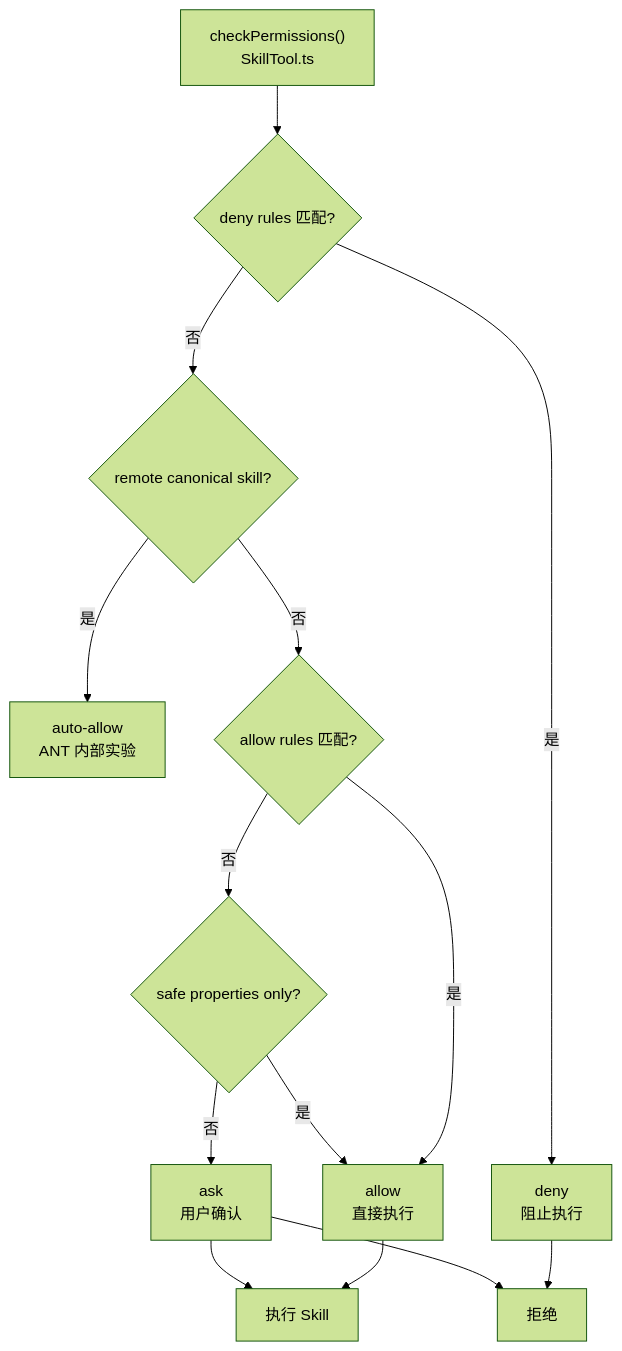
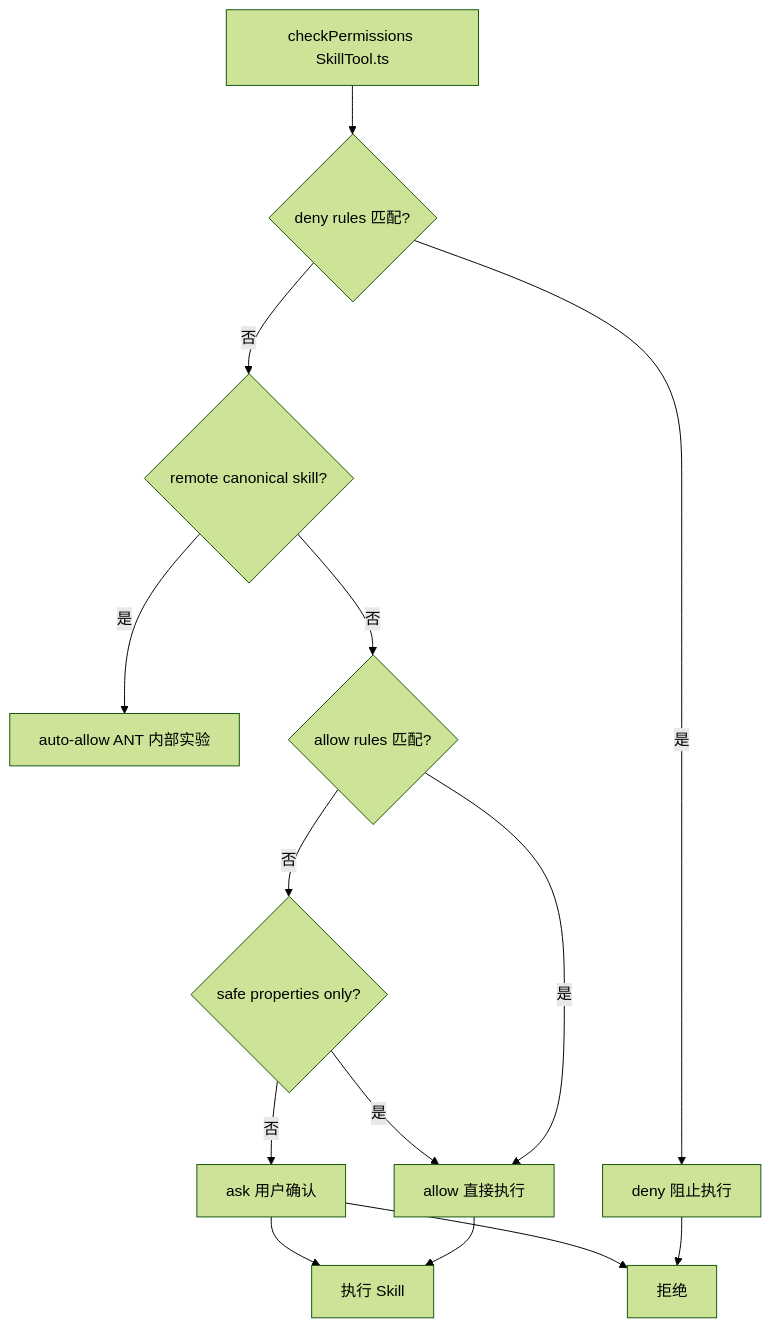
One commit to niuma996/claude-code-sourcemap-wiki changed the fifth of 7 diagrams in .nium-wiki/wiki/core/skills.md. Above: the diagram before and after it, drawn with Mermaid (forest theme). The commit also changed other lines of this file and 1976 other files, not shown here.

````diff
--- a/.nium-wiki/wiki/core/skills.md
+++ b/.nium-wiki/wiki/core/skills.md
@@ -224,16 +226,16 @@
 ```mermaid
 flowchart TD
-    A["checkPermissions()<br/>SkillTool.ts"] --> B{deny rules 匹配?}
-    B -->|是| C["deny<br/>阻止执行"]
+    A[checkPermissions SkillTool.ts] --> B{deny rules 匹配?}
+    B -->|是| C[deny 阻止执行]
     B -->|否| D{remote canonical skill?}
-    D -->|是| E["auto-allow<br/>ANT 内部实验"]
+    D -->|是| E[auto-allow ANT 内部实验]
     D -->|否| F{allow rules 匹配?}
-    F -->|是| G["allow<br/>直接执行"]
+    F -->|是| G[allow 直接执行]
     F -->|否| H{safe properties only?}
     H -->|是| G
-    H -->|否| I["ask<br/>用户确认"]
-    G --> J["执行 Skill"]
-    C --> K["拒绝"]
+    H -->|否| I[ask 用户确认]
+    G --> J[执行 Skill]
+    C --> K[拒绝]
     I --> J
     I --> K
 ```
````
